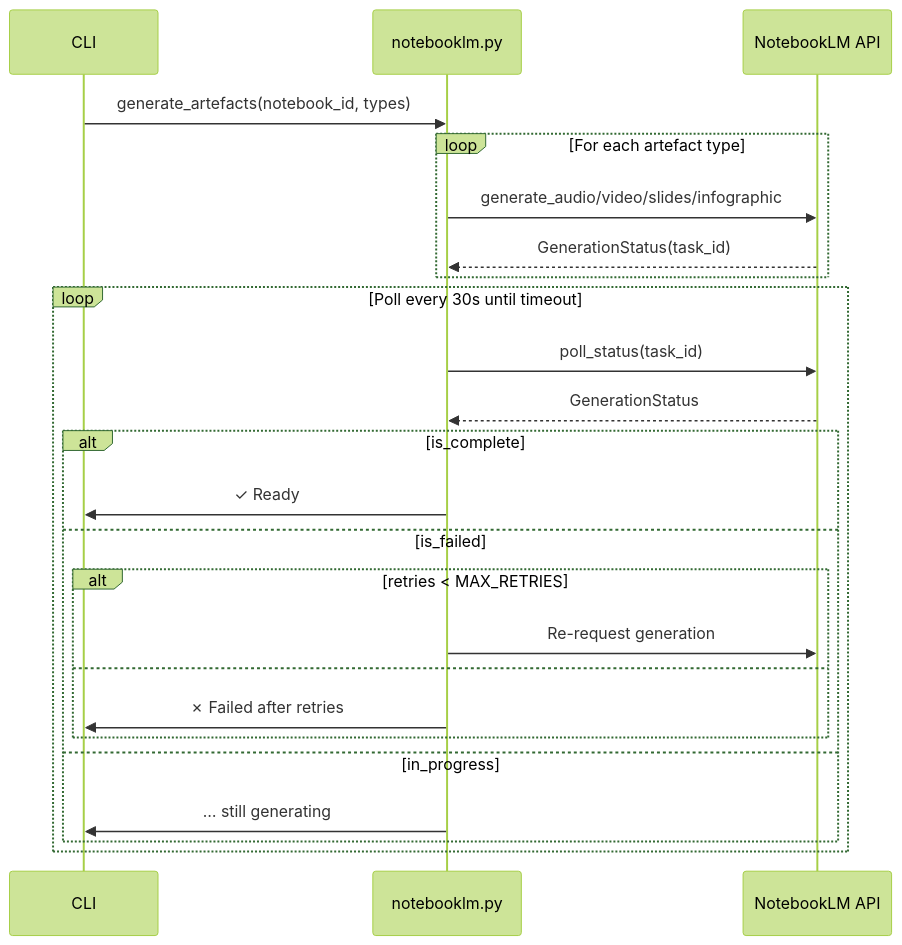
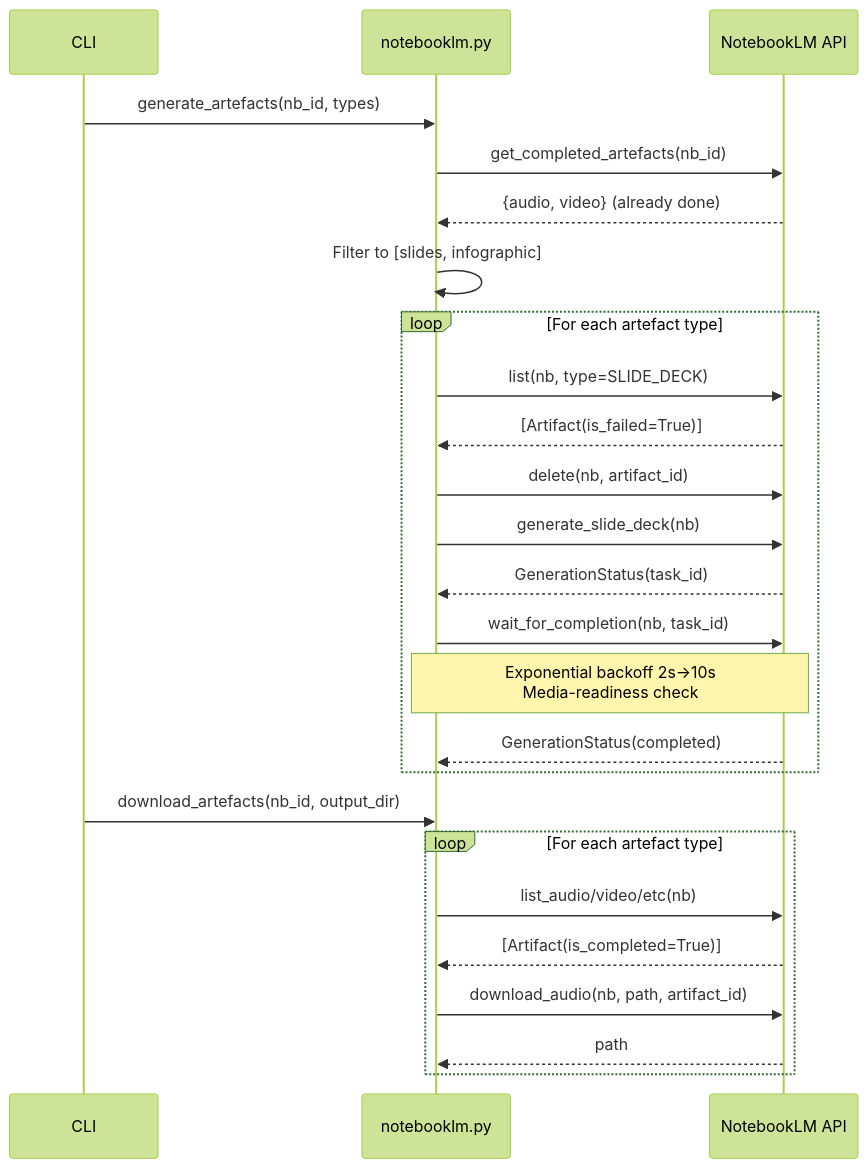
Before and after one commit to NetDevAutomate/notebooklm-repo-artefacts: the fifth of 10 diagrams in docs/codemap.md, drawn with Mermaid (forest theme). The commit also changed other lines of this file and 18 other files, not shown here.

First line of the commit message:
refactor: replace raw API parsing with upstream public APIs, wire CLI to stage-based pipeline

````diff
--- a/docs/codemap.md
+++ b/docs/codemap.md
@@ -99,28 +187,30 @@
 ```mermaid
 sequenceDiagram
     participant CLI
     participant NLM as notebooklm.py
     participant API as NotebookLM API
 
-    CLI->>NLM: generate_artefacts(notebook_id, types)
+    CLI->>NLM: generate_artefacts(nb_id, types)
+    NLM->>API: get_completed_artefacts(nb_id)
+    API-->>NLM: {audio, video} (already done)
+    NLM->>NLM: Filter to [slides, infographic]
+
     loop For each artefact type
-        NLM->>API: generate_audio/video/slides/infographic
+        NLM->>API: list(nb, type=SLIDE_DECK)
+        API-->>NLM: [Artifact(is_failed=True)]
+        NLM->>API: delete(nb, artifact_id)
+        NLM->>API: generate_slide_deck(nb)
         API-->>NLM: GenerationStatus(task_id)
+        NLM->>API: wait_for_completion(nb, task_id)
+        Note over NLM,API: Exponential backoff 2s→10s<br/>Media-readiness check
+        API-->>NLM: GenerationStatus(completed)
     end
 
-    loop Poll every 30s until timeout
-        NLM->>API: poll_status(task_id)
-        API-->>NLM: GenerationStatus
-        alt is_complete
-            NLM->>CLI: ✓ Ready
-        else is_failed
-            alt retries < MAX_RETRIES
-                NLM->>API: Re-request generation
-            else
-                NLM->>CLI: ✗ Failed after retries
-            end
-        else in_progress
-            NLM->>CLI: … still generating
-        end
+    CLI->>NLM: download_artefacts(nb_id, output_dir)
+    loop For each artefact type
+        NLM->>API: list_audio/video/etc(nb)
+        API-->>NLM: [Artifact(is_completed=True)]
+        NLM->>API: download_audio(nb, path, artifact_id)
+        API-->>NLM: path
     end
 ```
````
